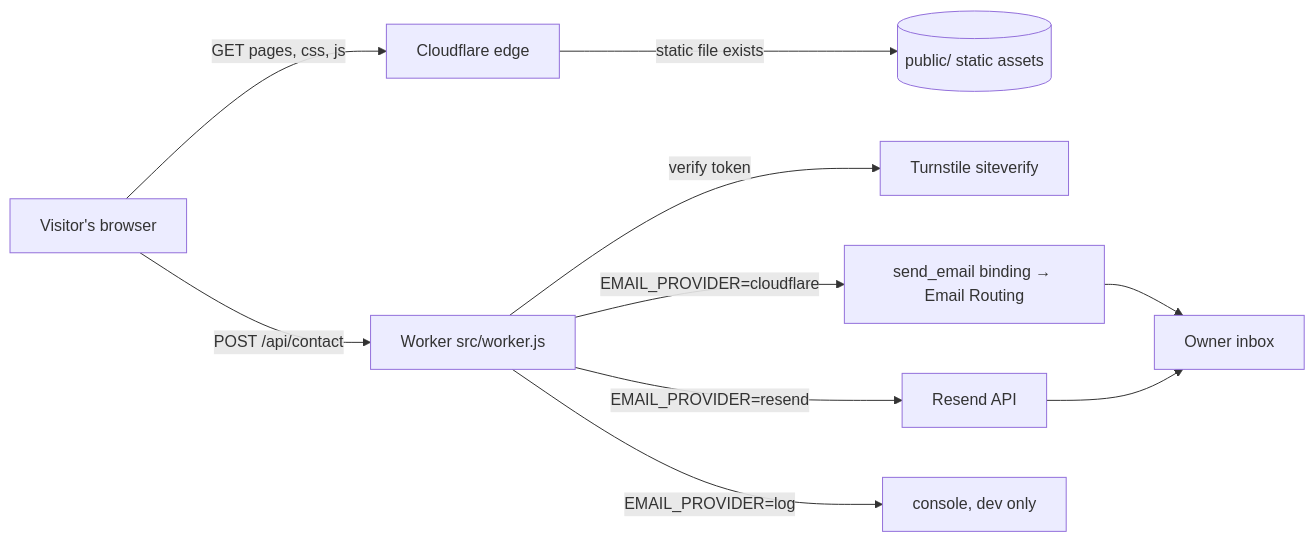
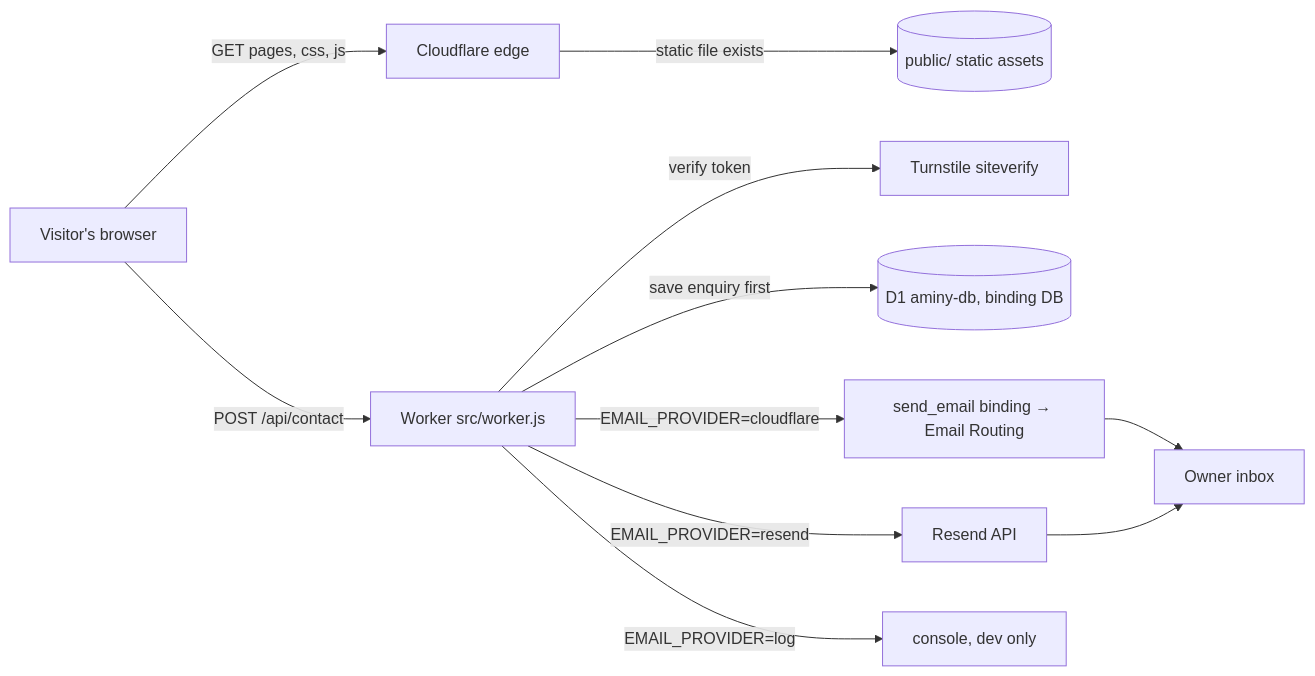
One commit to Farid0457/Aminy-Phone-Repair-2 changed the diagram in docs/architecture.md. Above: the diagram before and after it, drawn with Mermaid. The commit also changed other lines of this file and 10 other files, not shown here.

````diff
--- a/docs/architecture.md
+++ b/docs/architecture.md
@@ -5,12 +5,13 @@
 ```mermaid
 flowchart LR
   V[Visitor's browser] -->|GET pages, css, js| CF[Cloudflare edge]
   CF -->|static file exists| A[(public/ static assets)]
   V -->|POST /api/contact| W[Worker src/worker.js]
   W -->|verify token| T[Turnstile siteverify]
+  W -->|save enquiry first| D[(D1 aminy-db, binding DB)]
   W -->|EMAIL_PROVIDER=cloudflare| E[send_email binding → Email Routing]
   W -->|EMAIL_PROVIDER=resend| R[Resend API]
   W -->|EMAIL_PROVIDER=log| L[console, dev only]
   E --> O[Owner inbox]
   R --> O
 ```
````
